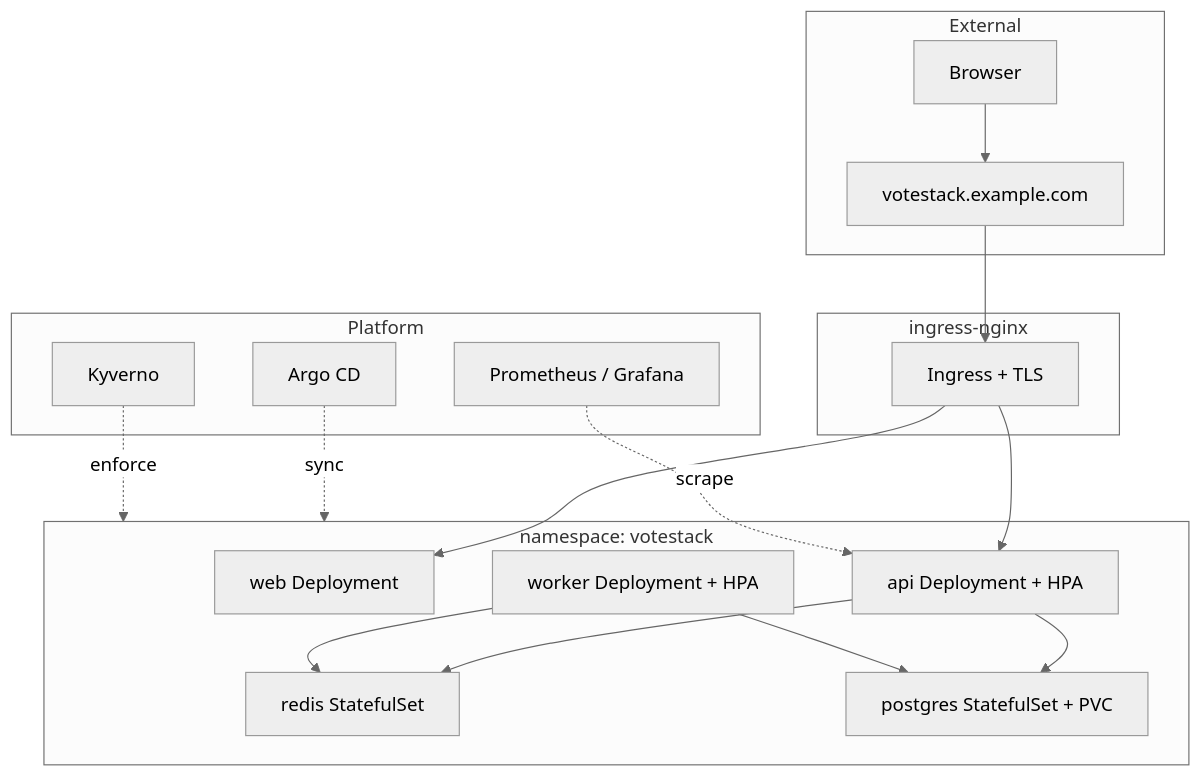
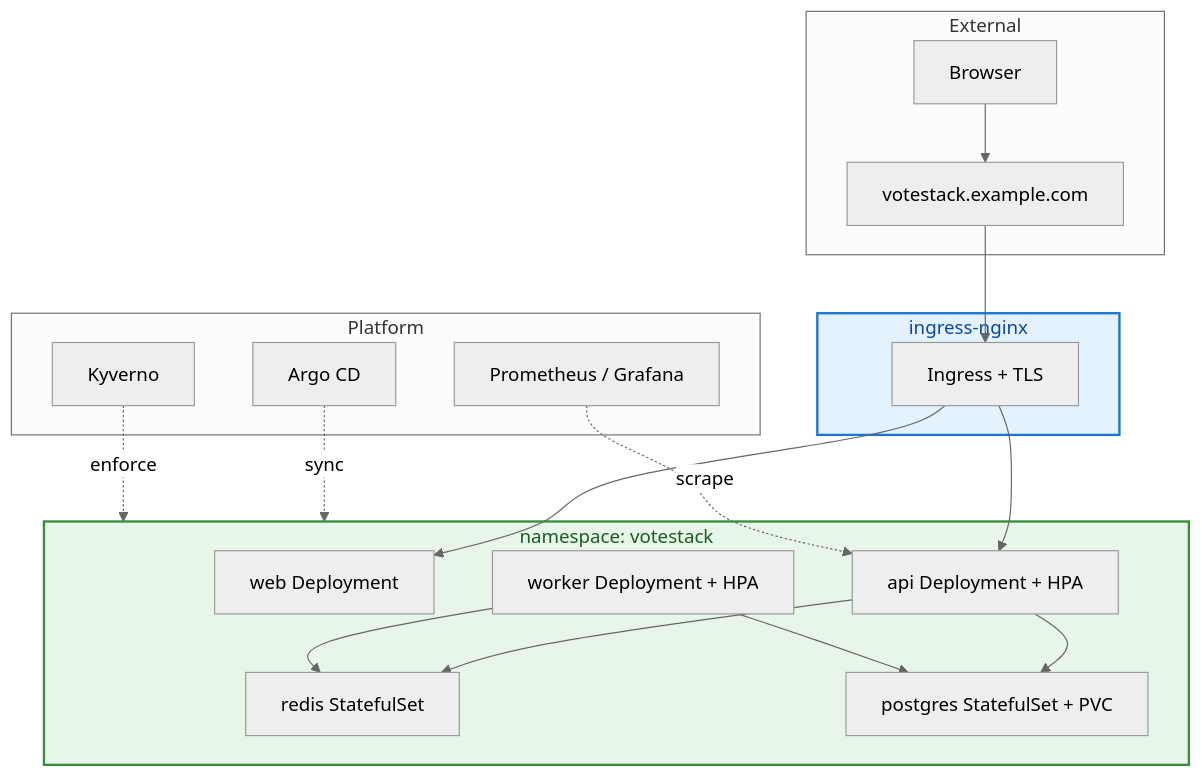
Before and after one commit to rebash-rebash/rebash-academy: the first of 2 diagrams in docs/kubernetes/kubernetes-capstone-and-next-steps.md, drawn with Mermaid (neutral theme). The commit also changed 66 other files, not shown here.

First line of the commit message:
Render Mermaid diagrams as build-time SVGs and fix Learning Paths nav.

````diff
--- a/docs/kubernetes/kubernetes-capstone-and-next-steps.md
+++ b/docs/kubernetes/kubernetes-capstone-and-next-steps.md
@@ -54,36 +54,38 @@
 ```mermaid
 flowchart TB
     subgraph External
         USER[Browser]
         DNS[votestack.example.com]
     end
 
     subgraph IngressLayer["ingress-nginx"]
         ING[Ingress + TLS]
     end
 
     subgraph Votestack["namespace: votestack"]
         WEB[web Deployment]
         API[api Deployment + HPA]
         WORK[worker Deployment + HPA]
         REDIS[redis StatefulSet]
         PG[postgres StatefulSet + PVC]
     end
 
     subgraph Platform
         ARGO[Argo CD]
         PROM["Prometheus / Grafana"]
         KYV[Kyverno]
     end
 
     USER --> DNS --> ING
     ING --> WEB
     ING --> API
     API --> REDIS
     API --> PG
     WORK --> REDIS
     WORK --> PG
     ARGO -.->|sync| Votestack
     PROM -.->|scrape| API
     KYV -.->|enforce| Votestack
+    style IngressLayer fill:#e3f2fd,stroke:#1976d2,stroke-width:2px,color:#0d47a1
+    style Votestack fill:#e8f5e9,stroke:#388e3c,stroke-width:2px,color:#1b5e20
 ```
````
